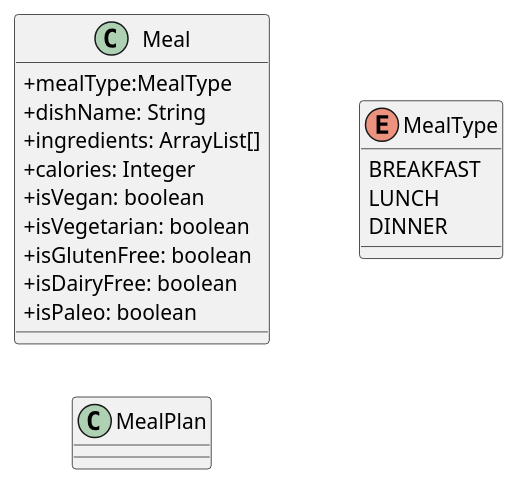
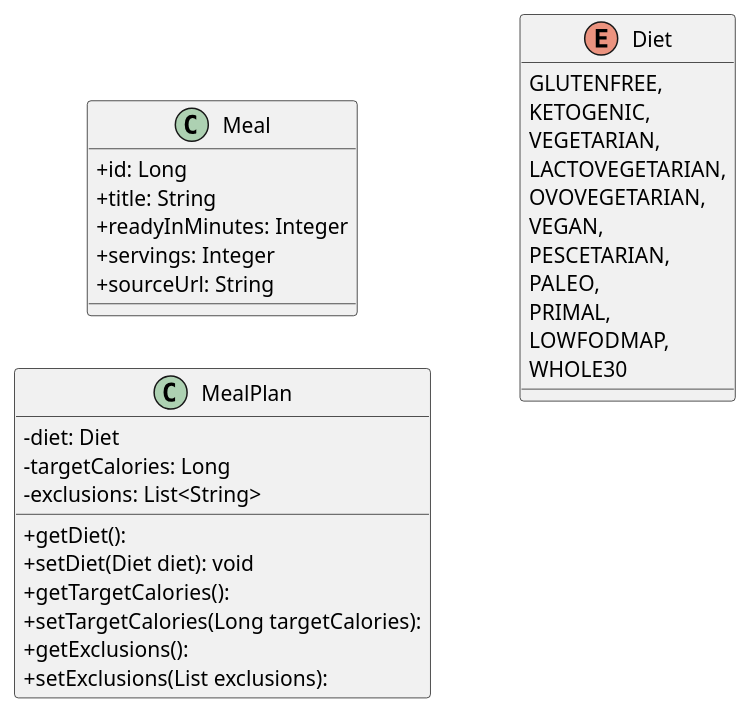
One commit to aykoda/healthy-food-api changed the diagram in src/main/java/Meal.puml. Above: the diagram before and after it, drawn with PlantUML. The commit also changed 3 other files, not shown here.

Commit message:
Diagram partially updated README.md partially updated

```diff
--- a/src/main/java/Meal.puml
+++ b/src/main/java/Meal.puml
@@ -1,30 +1,42 @@
 @startuml
 'https://plantuml.com/class-diagram
 skinparam classAttributeIconSize 0
 
 left to right direction
 
 class Meal {
-+mealType:MealType
-+dishName: String
-+ingredients: ArrayList[]
-+calories: Integer
-+isVegan: boolean
-+isVegetarian: boolean
-+isGlutenFree: boolean
-+isDairyFree: boolean
-+isPaleo: boolean
-
++id: Long
++title: String
++readyInMinutes: Integer
++servings: Integer
++sourceUrl: String
 }
 
 class MealPlan{
+-diet: Diet
+-targetCalories: Long
+-exclusions: List<String>
+
++getDiet():
++setDiet(Diet diet): void
++getTargetCalories():
++setTargetCalories(Long targetCalories):
++getExclusions():
++setExclusions(List exclusions):
 
 }
-
-enum MealType {
-BREAKFAST
-LUNCH
-DINNER
+enum Diet {
+ GLUTENFREE,
+ KETOGENIC,
+ VEGETARIAN,
+ LACTOVEGETARIAN,
+ OVOVEGETARIAN,
+ VEGAN,
+ PESCETARIAN,
+ PALEO,
+ PRIMAL,
+ LOWFODMAP,
+ WHOLE30
 }
 
 @enduml
```
